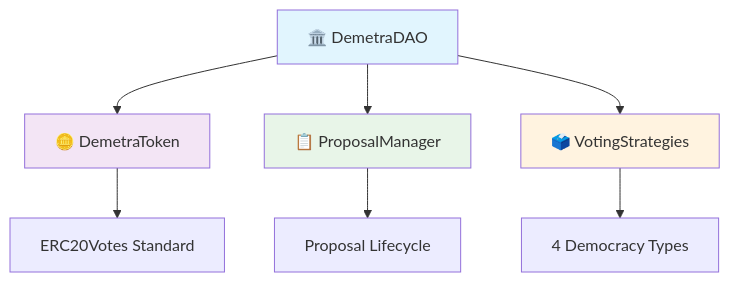
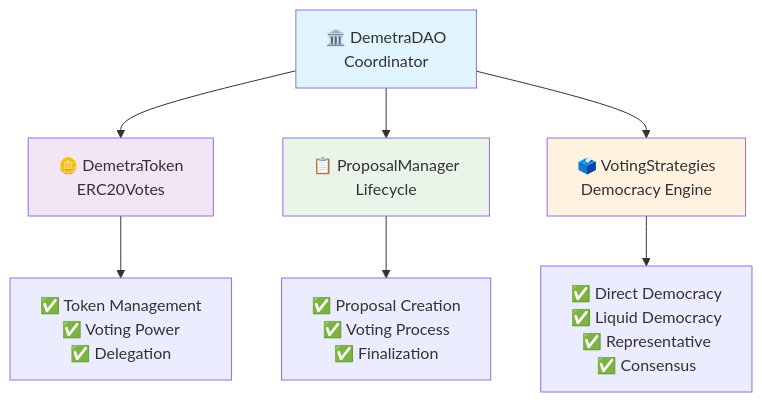
The first of 2 diagrams in README.md (JPier34/DemetraDAO), drawn with Mermaid before and after one commit. The commit also changed other lines of this file and 12 other files, not shown here.

````diff
--- a/README.md
+++ b/README.md
@@ -68,15 +92,15 @@
 ```mermaid
 graph TD
-    A[🏛️ DemetraDAO] --> B[🪙 DemetraToken]
-    A --> C[📋 ProposalManager]
-    A --> D[🗳️ VotingStrategies]
+    A[🏛️ DemetraDAO<br/>Coordinator] --> B[🪙 DemetraToken<br/>ERC20Votes]
+    A --> C[📋 ProposalManager<br/>Lifecycle]
+    A --> D[🗳️ VotingStrategies<br/>Democracy Engine]
 
-    B --> E[ERC20Votes Standard]
-    C --> F[Proposal Lifecycle]
-    D --> G[4 Democracy Types]
+    B --> E[✅ Token Management<br/>✅ Voting Power<br/>✅ Delegation]
+    C --> F[✅ Proposal Creation<br/>✅ Voting Process<br/>✅ Finalization]
+    D --> G[✅ Direct Democracy<br/>✅ Liquid Democracy<br/>✅ Representative<br/>✅ Consensus]
 
     style A fill:#e1f5fe
     style B fill:#f3e5f5
     style C fill:#e8f5e8
     style D fill:#fff3e0
 ```
````
